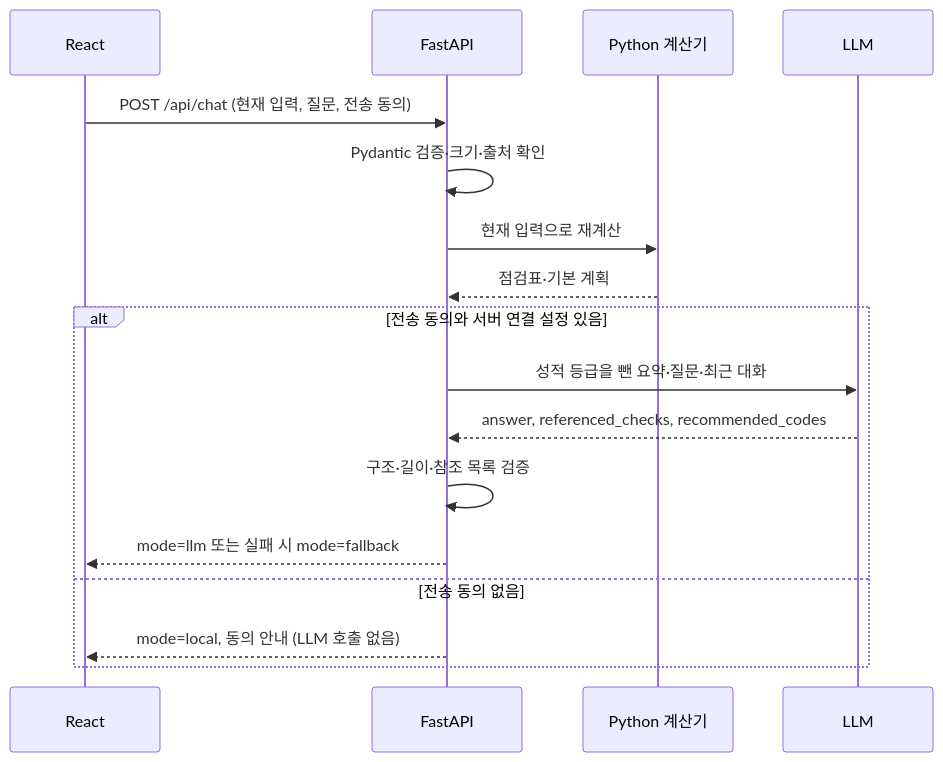
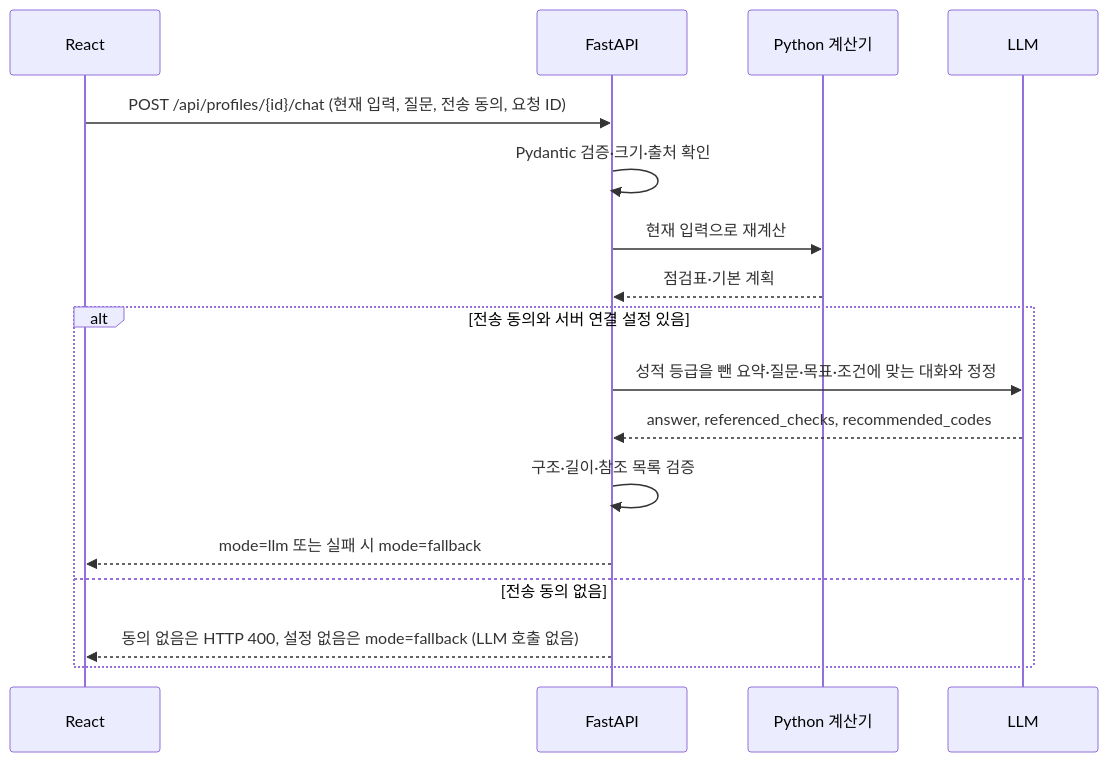
Before and after one commit to yun-user/university_academic_ai: the second of 3 diagrams in docs/졸업로드맵_웹앱구조와시연.md, drawn with Mermaid. The commit also changed other lines of this file and 21 other files, not shown here.

````diff
--- a/docs/졸업로드맵_웹앱구조와시연.md
+++ b/docs/졸업로드맵_웹앱구조와시연.md
@@ -71,19 +73,19 @@
 ```mermaid
 sequenceDiagram
     participant F as React
     participant A as FastAPI
     participant R as Python 계산기
     participant L as LLM
-    F->>A: POST /api/chat (현재 입력, 질문, 전송 동의)
+    F->>A: POST /api/profiles/{id}/chat (현재 입력, 질문, 전송 동의, 요청 ID)
     A->>A: Pydantic 검증·크기·출처 확인
     A->>R: 현재 입력으로 재계산
     R-->>A: 점검표·기본 계획
     alt 전송 동의와 서버 연결 설정 있음
-        A->>L: 성적 등급을 뺀 요약·질문·최근 대화
+        A->>L: 성적 등급을 뺀 요약·질문·목표·조건에 맞는 대화와 정정
         L-->>A: answer, referenced_checks, recommended_codes
         A->>A: 구조·길이·참조 목록 검증
         A-->>F: mode=llm 또는 실패 시 mode=fallback
     else 전송 동의 없음
-        A-->>F: mode=local, 동의 안내 (LLM 호출 없음)
+        A-->>F: 동의 없음은 HTTP 400, 설정 없음은 mode=fallback (LLM 호출 없음)
     end
 ```
````
